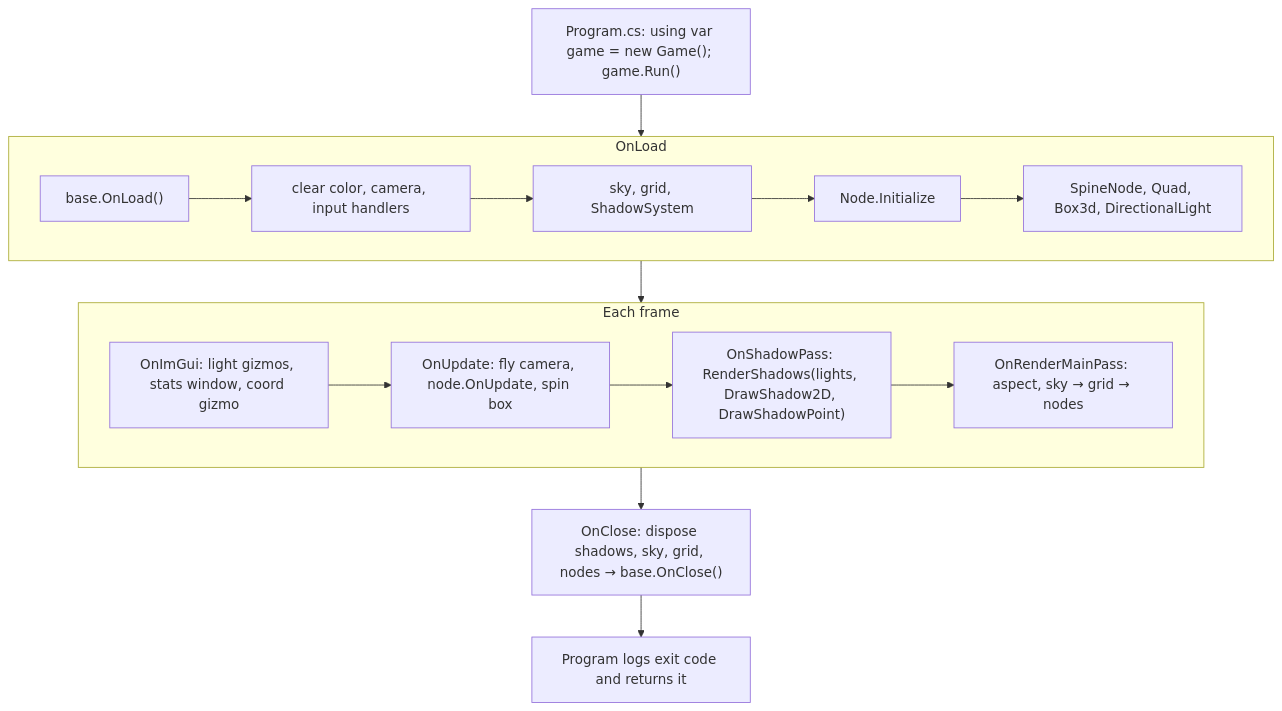
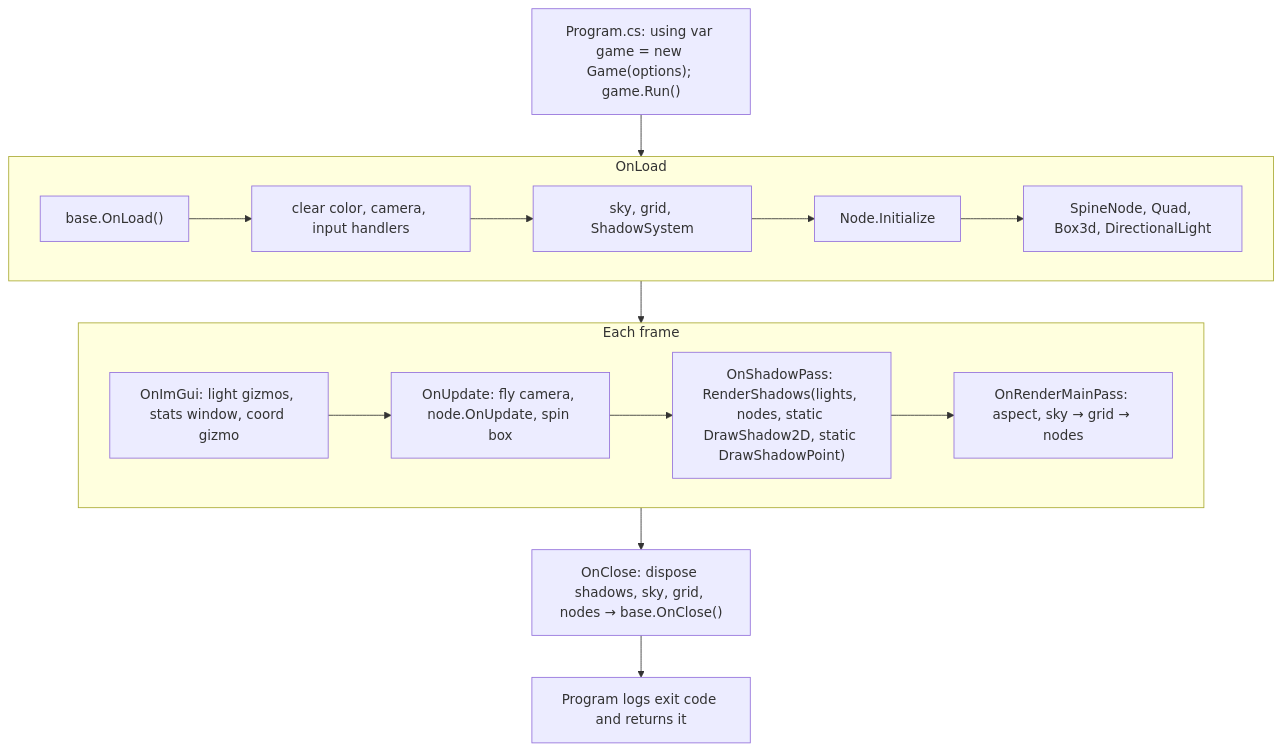
The diagram in docs/design/sandbox.md (Mainframe-Games/mainframe-engine), drawn with Mermaid before and after one commit. The commit also changed other lines of this file and 9 other files, not shown here.

````diff
--- a/docs/design/sandbox.md
+++ b/docs/design/sandbox.md
@@ -27,16 +37,16 @@
 ```mermaid
 flowchart TD
-    P["Program.cs: using var game = new Game(); game.Run()"] --> L
+    P["Program.cs: using var game = new Game(options); game.Run()"] --> L
     subgraph L["OnLoad"]
         L1["base.OnLoad()"] --> L2["clear color, camera, input handlers"]
         L2 --> L3["sky, grid, ShadowSystem"] --> L4["Node.Initialize"] --> L5["SpineNode, Quad, Box3d, DirectionalLight"]
     end
     L --> F
     subgraph F["Each frame"]
         F1["OnImGui: light gizmos, stats window, coord gizmo"] --> F2["OnUpdate: fly camera, node.OnUpdate, spin box"]
-        F2 --> F3["OnShadowPass: RenderShadows(lights, DrawShadow2D, DrawShadowPoint)"]
+        F2 --> F3["OnShadowPass: RenderShadows(lights, nodes, static DrawShadow2D, static DrawShadowPoint)"]
         F3 --> F4["OnRenderMainPass: aspect, sky → grid → nodes"]
     end
     F --> C["OnClose: dispose shadows, sky, grid, nodes → base.OnClose()"]
     C --> X["Program logs exit code and returns it"]
 ```
````
